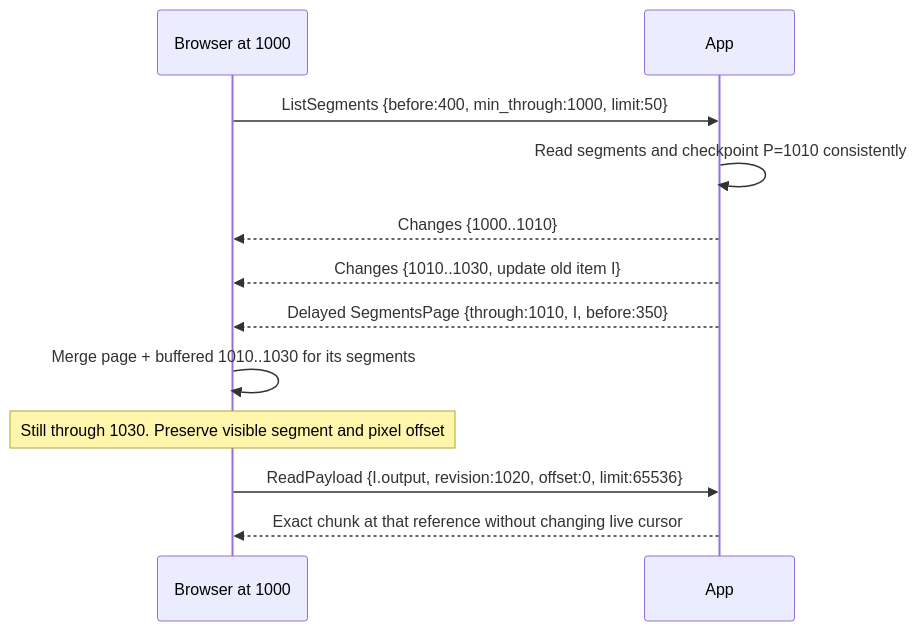
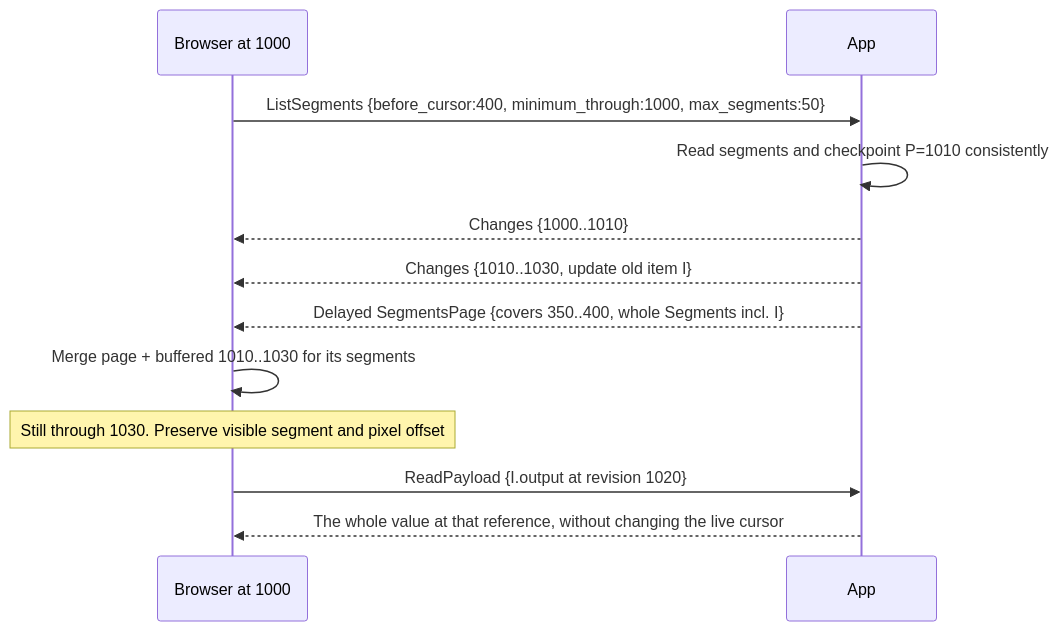
Before and after one commit to agentydragon/ducktape: the third of 3 diagrams in agentplane/docs/thread_view_sync.md, drawn with Mermaid. The commit also changed other lines of this file, not shown here.

````diff
--- a/agentplane/docs/thread_view_sync.md
+++ b/agentplane/docs/thread_view_sync.md
@@ -524,14 +449,14 @@
 ```mermaid
 sequenceDiagram
     participant F as Browser at 1000
     participant A as App
-    F->>A: ListSegments {before:400, min_through:1000, limit:50}
+    F->>A: ListSegments {before_cursor:400, minimum_through:1000, max_segments:50}
     A->>A: Read segments and checkpoint P=1010 consistently
     A-->>F: Changes {1000..1010}
     A-->>F: Changes {1010..1030, update old item I}
-    A-->>F: Delayed SegmentsPage {through:1010, I, before:350}
+    A-->>F: Delayed SegmentsPage {covers 350..400, whole Segments incl. I}
     F->>F: Merge page + buffered 1010..1030 for its segments
     Note over F: Still through 1030. Preserve visible segment and pixel offset
-    F->>A: ReadPayload {I.output, revision:1020, offset:0, limit:65536}
-    A-->>F: Exact chunk at that reference without changing live cursor
+    F->>A: ReadPayload {I.output at revision 1020}
+    A-->>F: The whole value at that reference, without changing the live cursor
 ```
````
